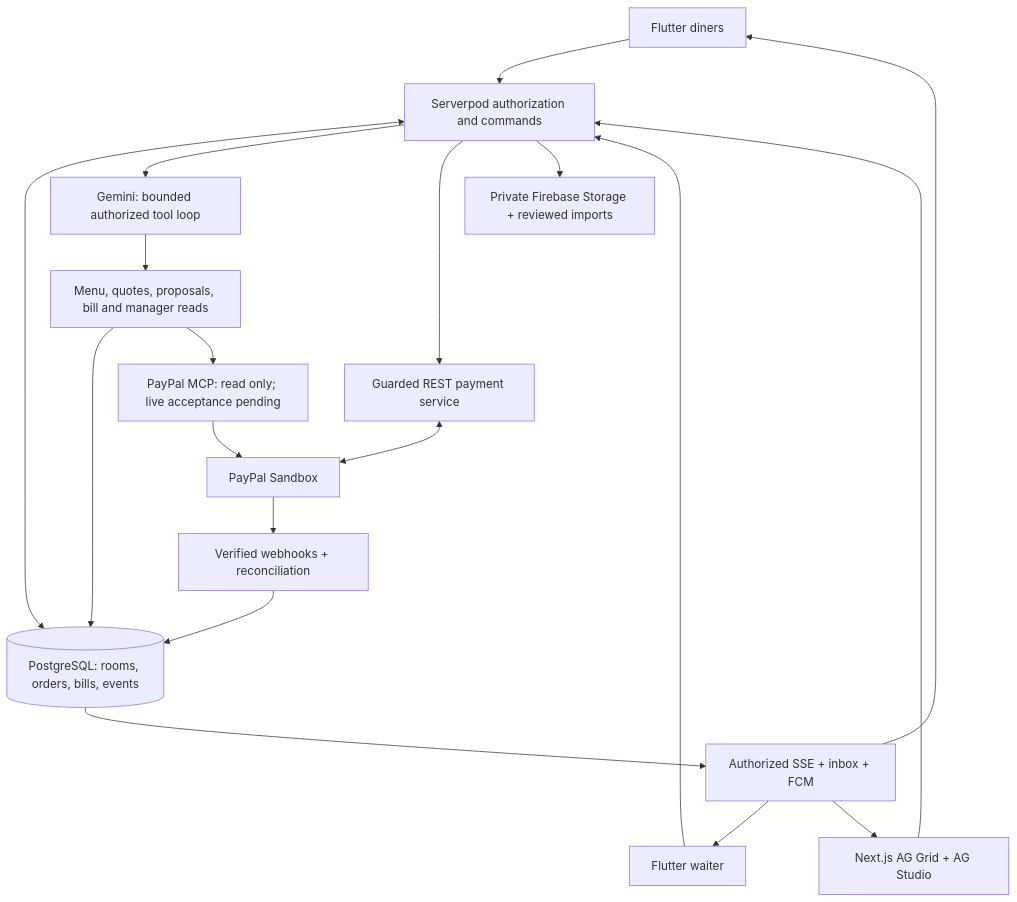
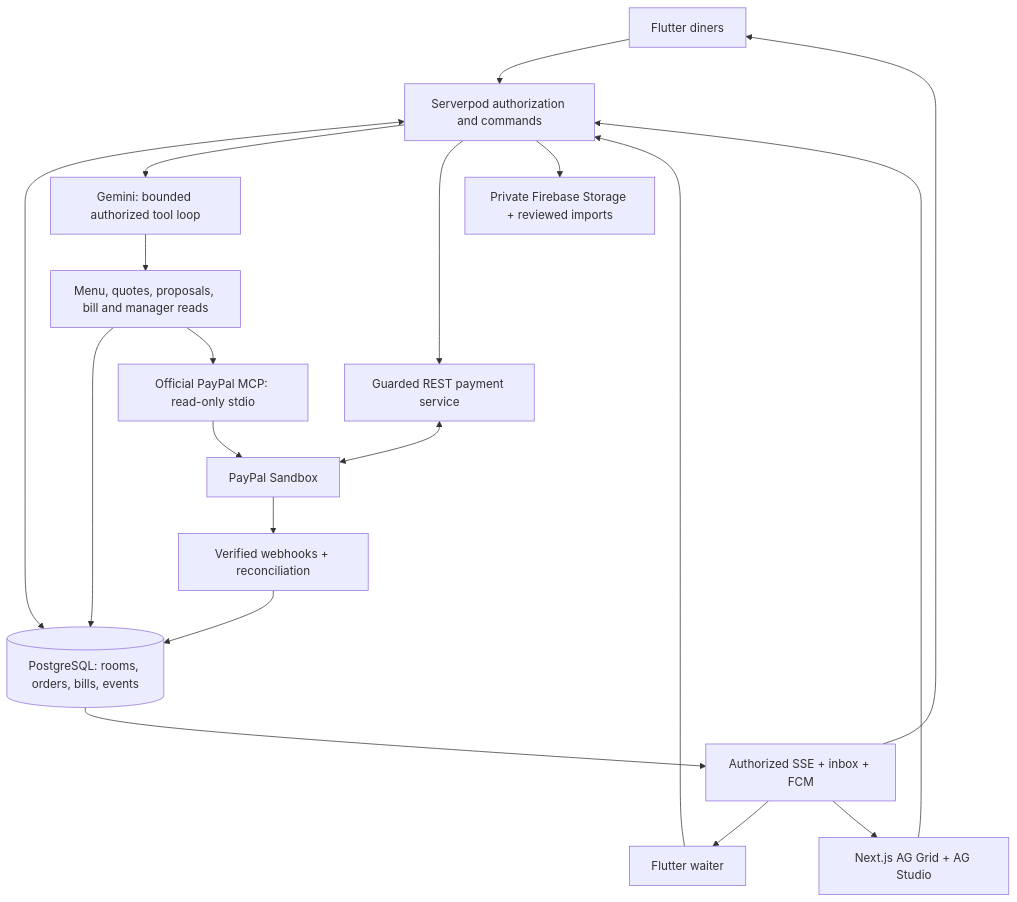
One commit to FouadABT/raysto changed the diagram in docs/backend-v2/maps/conversation-architecture.mmd. Above: the diagram before and after it, drawn with Mermaid. The commit also changed 19 other files, not shown here.

Commit message:
Run official PayPal MCP as an isolated Sandbox reader

```diff
--- a/docs/backend-v2/maps/conversation-architecture.mmd
+++ b/docs/backend-v2/maps/conversation-architecture.mmd
@@ -1,19 +1,19 @@
 flowchart TB
   Diners[Flutter diners] --> API[Serverpod authorization and commands]
   Staff[Flutter waiter] --> API
   Ops[Next.js AG Grid + AG Studio] --> API
   API <--> SQL[(PostgreSQL: rooms, orders, bills, events)]
   API --> AI[Gemini: bounded authorized tool loop]
   AI --> Tools[Menu, quotes, proposals, bill and manager reads]
   Tools --> SQL
-  Tools --> MCP[PayPal MCP: read only; live acceptance pending]
+  Tools --> MCP[Official PayPal MCP: read-only stdio]
   API --> Pay[Guarded REST payment service]
   Pay <--> PP[PayPal Sandbox]
   MCP --> PP
   PP --> Reconcile[Verified webhooks + reconciliation]
   Reconcile --> SQL
   SQL --> Events[Authorized SSE + inbox + FCM]
   Events --> Diners
   Events --> Staff
   Events --> Ops
   API --> Files[Private Firebase Storage + reviewed imports]
```
